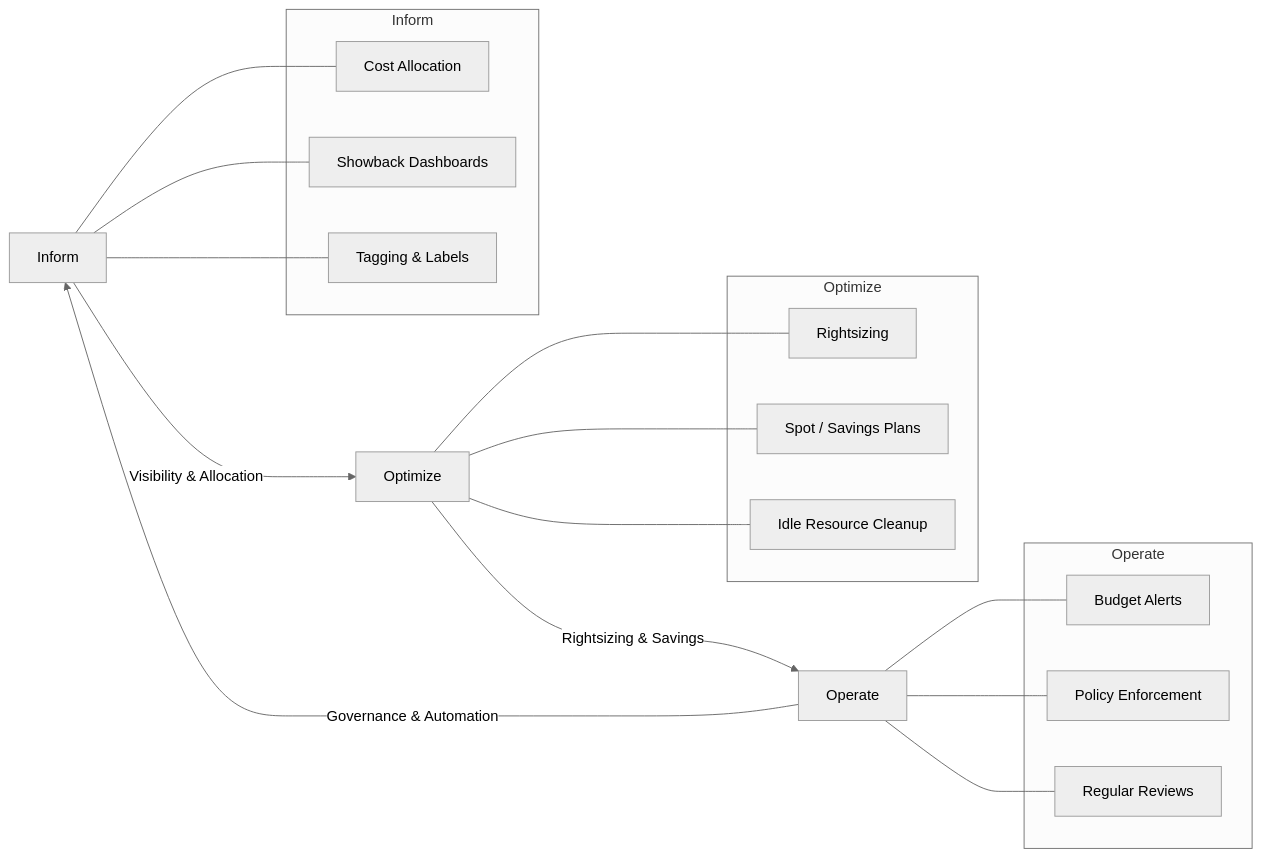
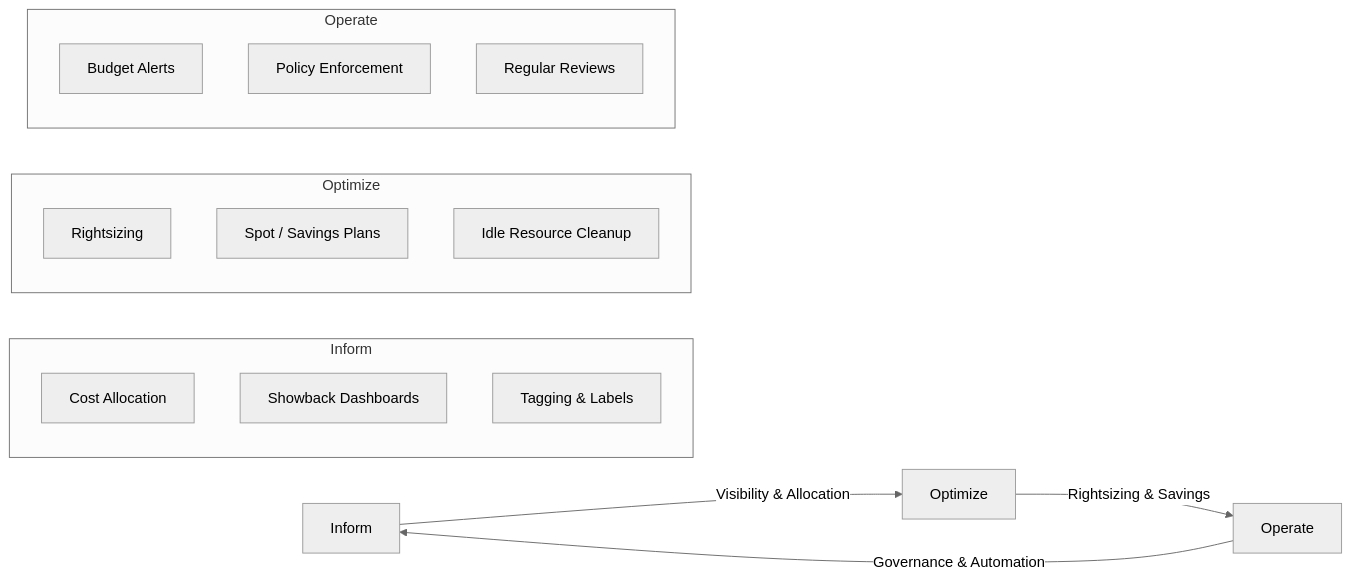
One commit to Atom-oh/kubernetes-docs changed the first of 3 diagrams in en/ops/13-finops-cost-platform.md. Above: the diagram before and after it, drawn with Mermaid (neutral theme). The commit also changed other lines of this file and 8 other files, not shown here.

````diff
--- a/en/ops/13-finops-cost-platform.md
+++ b/en/ops/13-finops-cost-platform.md
@@ -42,34 +37,24 @@
 ```mermaid
 graph LR
     A[Inform] -->|Visibility & Allocation| B[Optimize]
     B -->|Rightsizing & Savings| C[Operate]
     C -->|Governance & Automation| A
 
     subgraph Inform
         A1[Cost Allocation]
         A2[Showback Dashboards]
         A3[Tagging & Labels]
     end
 
     subgraph Optimize
         B1[Rightsizing]
         B2[Spot / Savings Plans]
         B3[Idle Resource Cleanup]
     end
 
     subgraph Operate
         C1[Budget Alerts]
         C2[Policy Enforcement]
         C3[Regular Reviews]
     end
-
-    A --- A1
-    A --- A2
-    A --- A3
-    B --- B1
-    B --- B2
-    B --- B3
-    C --- C1
-    C --- C2
-    C --- C3
 ```
````
